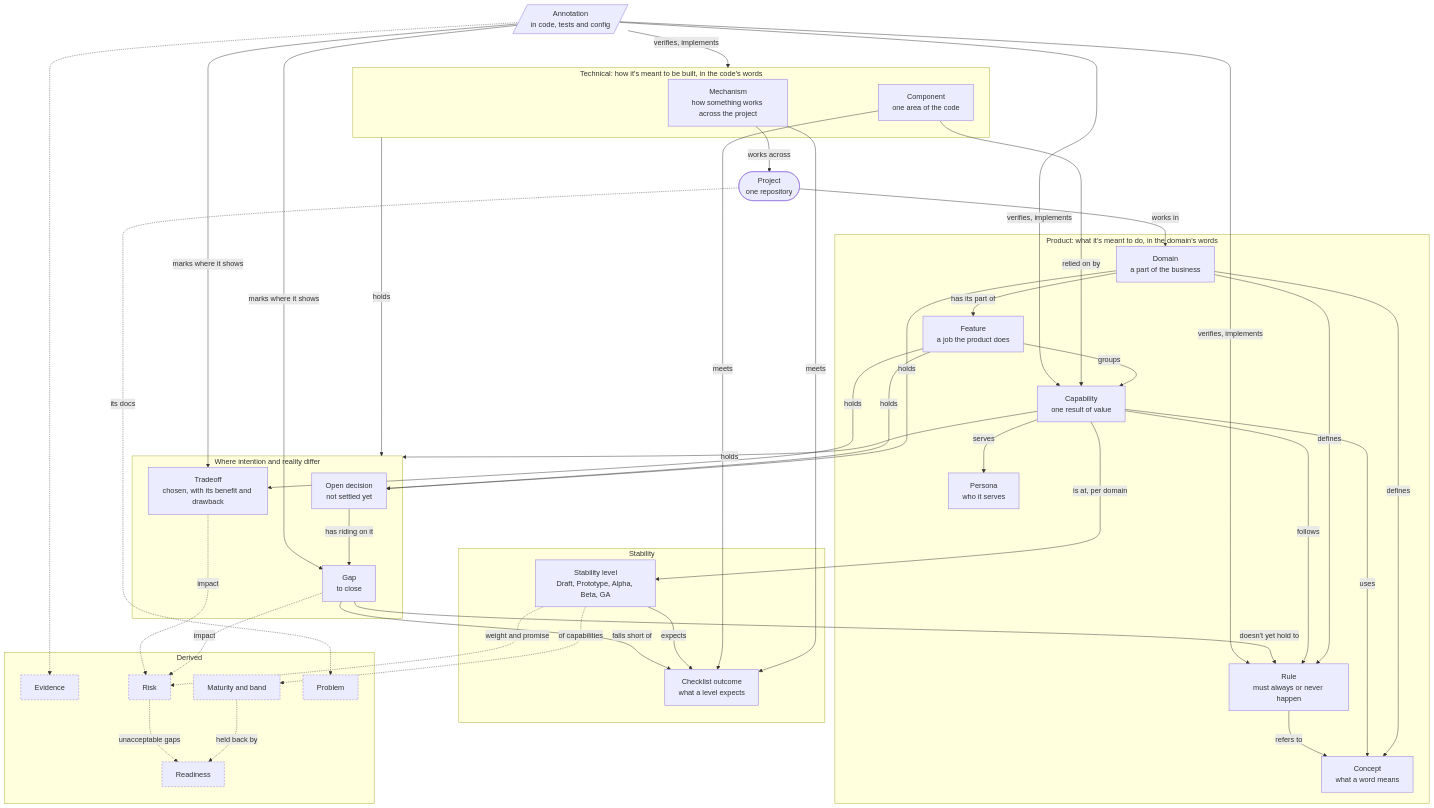
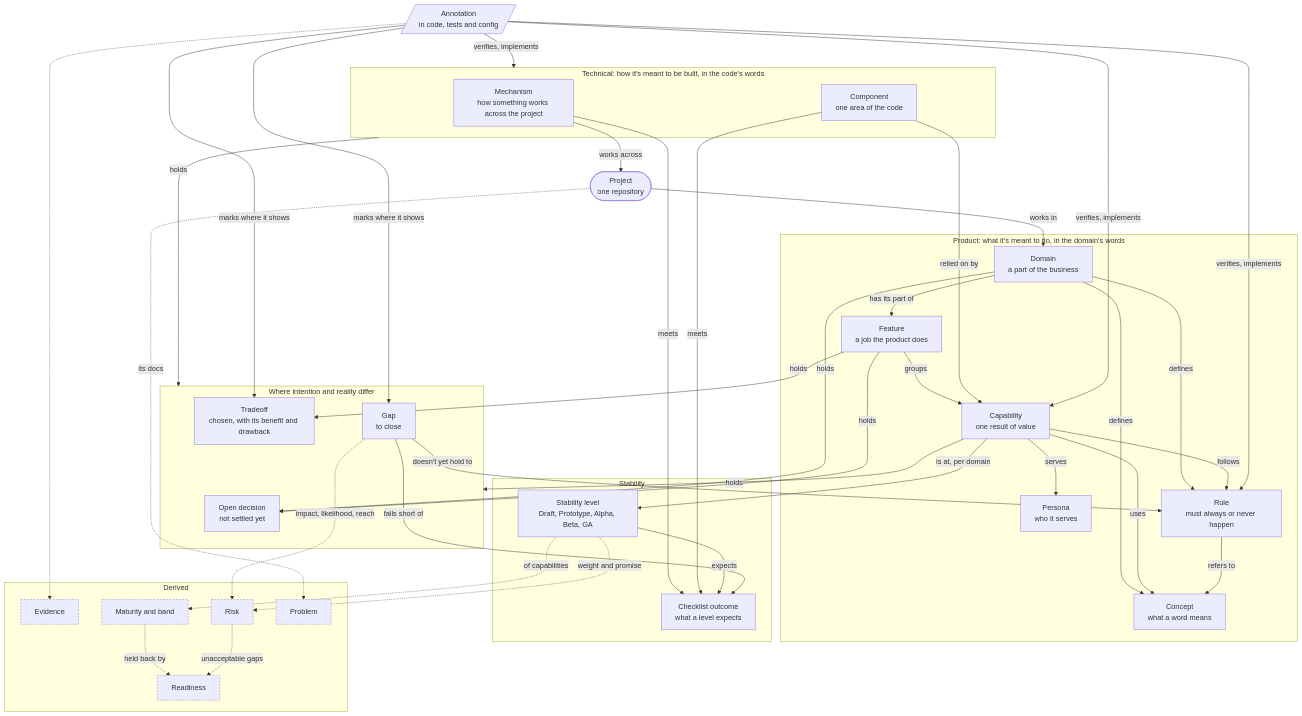
Before and after one commit to docqet/docqet: the diagram in docs/domain/overview.md, drawn with Mermaid. The commit also changed other lines of this file and 68 other files, not shown here.

````diff
--- a/docs/domain/overview.md
+++ b/docs/domain/overview.md
@@ -71,78 +72,77 @@
 ```mermaid
 flowchart TB
   project(["Project<br/>one repository"])
 
   subgraph product ["Product: what it's meant to do, in the domain's words"]
     domain["Domain<br/>a part of the business"]
     feature["Feature<br/>a job the product does"]
     capability["Capability<br/>one result of value"]
     persona["Persona<br/>who it serves"]
     rule["Rule<br/>must always or never happen"]
     concept["Concept<br/>what a word means"]
   end
 
   subgraph technical ["Technical: how it's meant to be built, in the code's words"]
     mechanism["Mechanism<br/>how something works across the project"]
     component["Component<br/>one area of the code"]
   end
 
   subgraph differ ["Where intention and reality differ"]
     decision["Open decision<br/>not settled yet"]
     gap["Gap<br/>to close"]
     tradeoff["Tradeoff<br/>chosen, with its benefit and drawback"]
   end
 
   subgraph stability ["Stability"]
     level["Stability level<br/>Draft, Prototype, Alpha, Beta, GA"]
     outcome["Checklist outcome<br/>what a level expects"]
   end
 
   annotation[/"Annotation<br/>in code, tests and config"/]
 
   subgraph derived ["Derived"]
     evidence["Evidence"]
     maturity["Maturity and band"]
     readiness["Readiness"]
     risk["Risk"]
     problem["Problem"]
   end
 
   project -- "works in" --> domain
   domain -- "has its part of" --> feature
   domain -- "defines" --> rule & concept
   feature -- "groups" --> capability
   capability -- "serves" --> persona
   capability -- "follows" --> rule
   capability -- "uses" --> concept
   rule -- "refers to" --> concept
 
   component -- "relied on by" --> capability
   mechanism -- "works across" --> project
   mechanism & component -- "meets" --> outcome
 
   capability -- "is at, per domain" --> level
   level -- "expects" --> outcome
 
   domain -- "holds" --> decision
   feature -- "holds" --> decision & tradeoff
   capability -- "holds" --> differ
   technical -- "holds" --> differ
 
   gap -- "falls short of" --> outcome
   gap -- "doesn't yet hold to" --> rule
-  decision -- "has riding on it" --> gap
 
   annotation -- "verifies, implements" --> rule & capability & technical
   annotation -- "marks where it shows" --> gap & tradeoff
 
   annotation -.-> evidence
-  gap & tradeoff -. "impact" .-> risk
+  gap -. "impact, likelihood, reach" .-> risk
   level -. "weight and promise" .-> risk
   level -. "of capabilities" .-> maturity
   maturity -. "held back by" .-> readiness
   risk -. "unacceptable gaps" .-> readiness
   project -. "its docs" .-> problem
 
   classDef derivedNode stroke-dasharray: 4 3
   class evidence,maturity,readiness,risk,problem derivedNode
 ```
````
